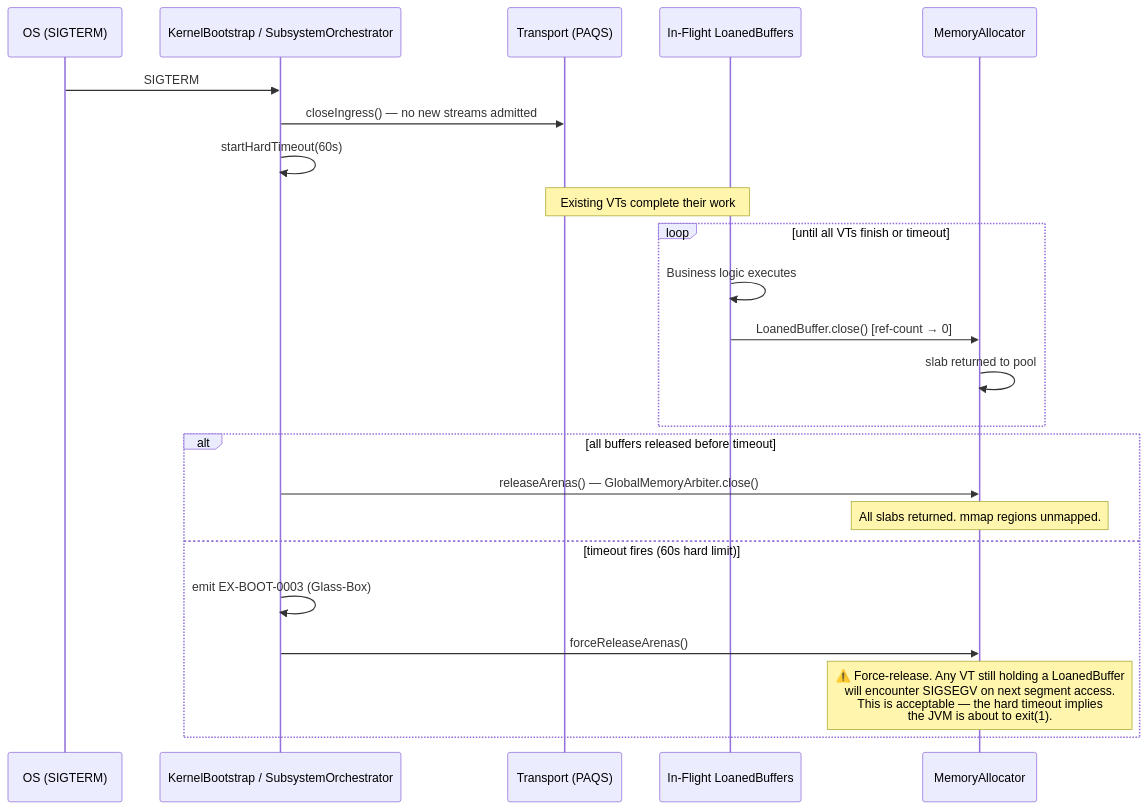
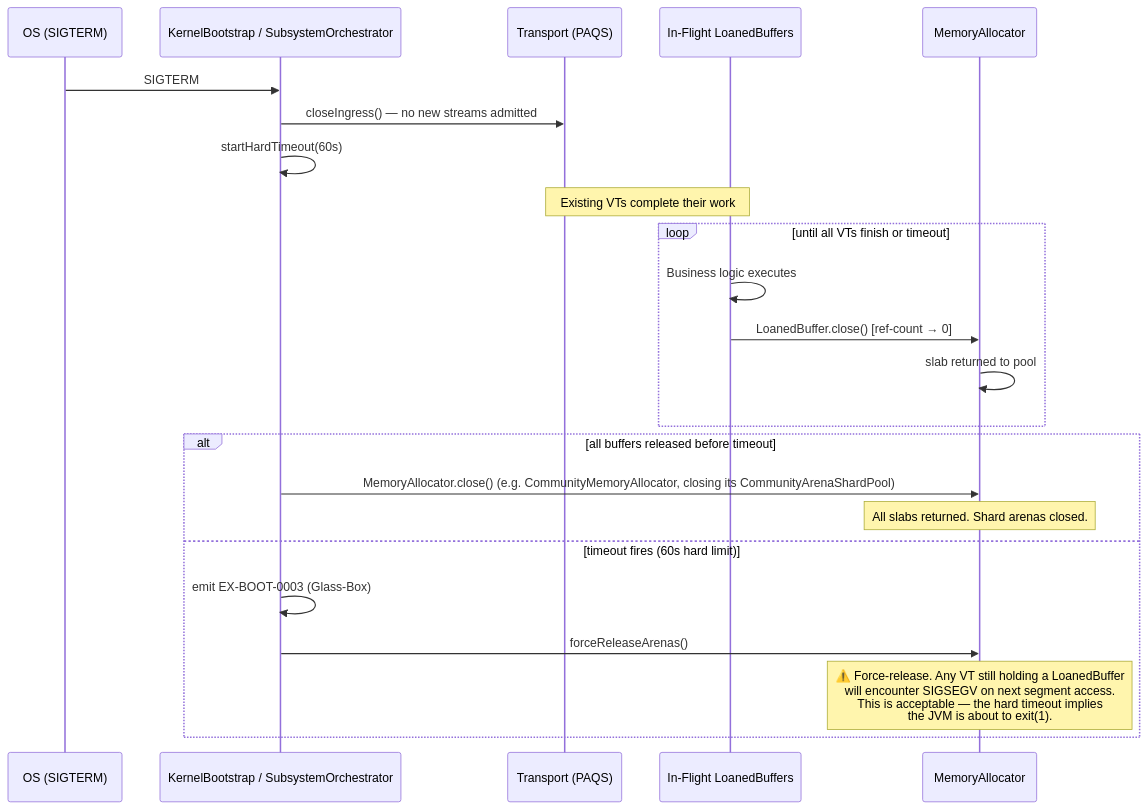
The second of 3 diagrams in docs/subsystems/memory.md (exeris-systems/exeris-kernel), drawn with Mermaid before and after one commit. The commit also changed other lines of this file and 43 other files, not shown here.

````diff
--- a/docs/subsystems/memory.md
+++ b/docs/subsystems/memory.md
@@ -240,28 +296,28 @@
 ```mermaid
 sequenceDiagram
     participant OS as OS (SIGTERM)
     participant BS as KernelBootstrap / SubsystemOrchestrator
     participant TP as Transport (PAQS)
     participant LB as In-Flight LoanedBuffers
     participant MA as MemoryAllocator
 
     OS->>BS: SIGTERM
     BS->>TP: closeIngress() — no new streams admitted
     BS->>BS: startHardTimeout(60s)
 
     Note over TP,LB: Existing VTs complete their work
     loop until all VTs finish or timeout
         LB->>LB: Business logic executes
         LB->>MA: LoanedBuffer.close() [ref-count → 0]
         MA->>MA: slab returned to pool
     end
 
     alt all buffers released before timeout
-        BS->>MA: releaseArenas() — GlobalMemoryArbiter.close()
-        Note over MA: All slabs returned. mmap regions unmapped.
+        BS->>MA: MemoryAllocator.close() (e.g. CommunityMemoryAllocator, closing its CommunityArenaShardPool)
+        Note over MA: All slabs returned. Shard arenas closed.
     else timeout fires (60s hard limit)
         BS->>BS: emit EX-BOOT-0003 (Glass-Box)
         BS->>MA: forceReleaseArenas()
         Note over MA: ⚠️ Force-release. Any VT still holding a LoanedBuffer<br/>will encounter SIGSEGV on next segment access.<br/>This is acceptable — the hard timeout implies<br/>the JVM is about to exit(1).
     end
 ```
````
